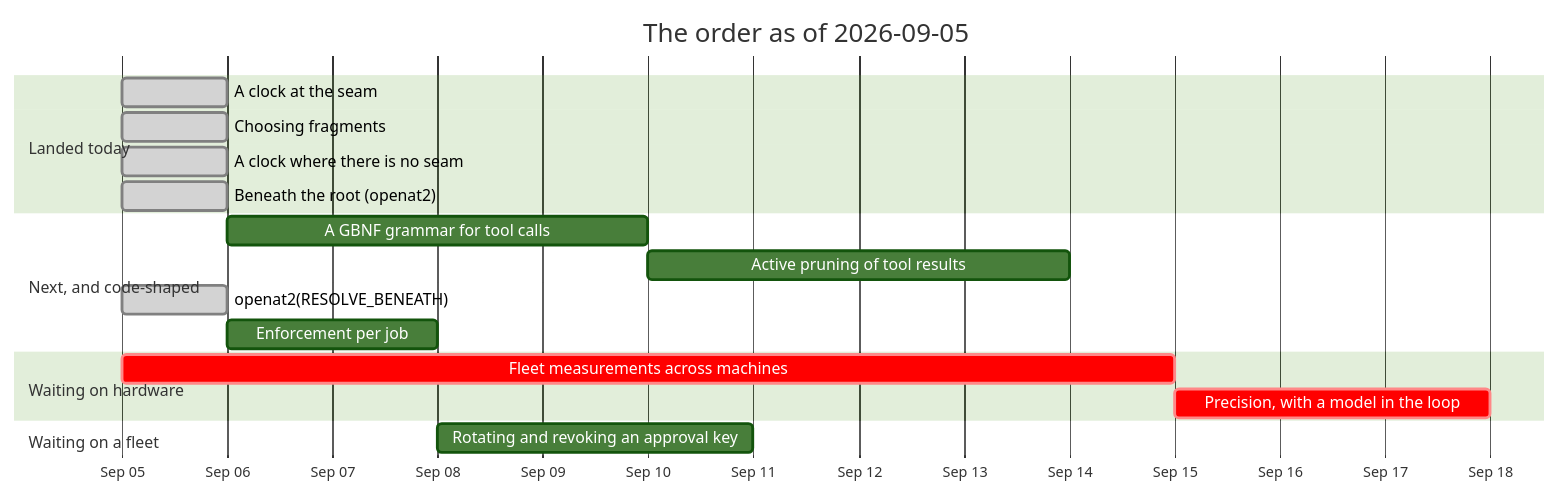
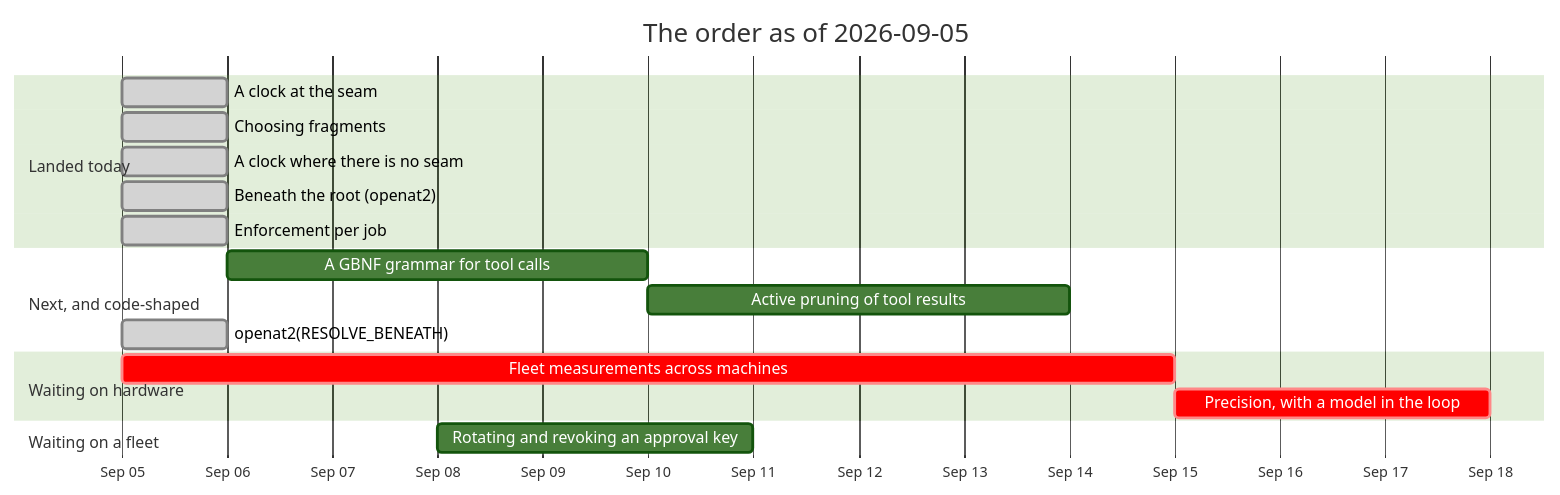
Before and after one commit to jgermade/luu: the diagram in ROADMAP/2026-09-05/README.md, drawn with Mermaid (forest theme). The commit also changed other lines of this file and 6 other files, not shown here.

First line of the commit message:
feat: enforcement narrows per job, in the direction that is not obvious

````diff
--- a/ROADMAP/2026-09-05/README.md
+++ b/ROADMAP/2026-09-05/README.md
@@ -39,21 +40,22 @@
 ```mermaid
 gantt
     title The order as of 2026-09-05
     dateFormat YYYY-MM-DD
     axisFormat %b %d
     section Landed today
     A clock at the seam                    :done, clock, 2026-09-05, 1d
     Choosing fragments                     :done, frag, 2026-09-05, 1d
     A clock where there is no seam         :done, hostclock, 2026-09-05, 1d
     Beneath the root (openat2)             :done, toctou2, 2026-09-05, 1d
+    Enforcement per job                    :done, enf, 2026-09-05, 1d
     section Next, and code-shaped
     A GBNF grammar for tool calls          :gbnf, 2026-09-06, 4d
     Active pruning of tool results         :prune, after gbnf, 4d
     openat2(RESOLVE_BENEATH)               :done, toctou, 2026-09-05, 1d
-    Enforcement per job                    :enf, 2026-09-06, 2d
+
     section Waiting on hardware
     Fleet measurements across machines     :crit, bench, 2026-09-05, 10d
     Precision, with a model in the loop    :crit, prec, after bench, 3d
     section Waiting on a fleet
-    Rotating and revoking an approval key  :keys, after enf, 3d
+    Rotating and revoking an approval key  :keys, 2026-09-08, 3d
 ```
````
